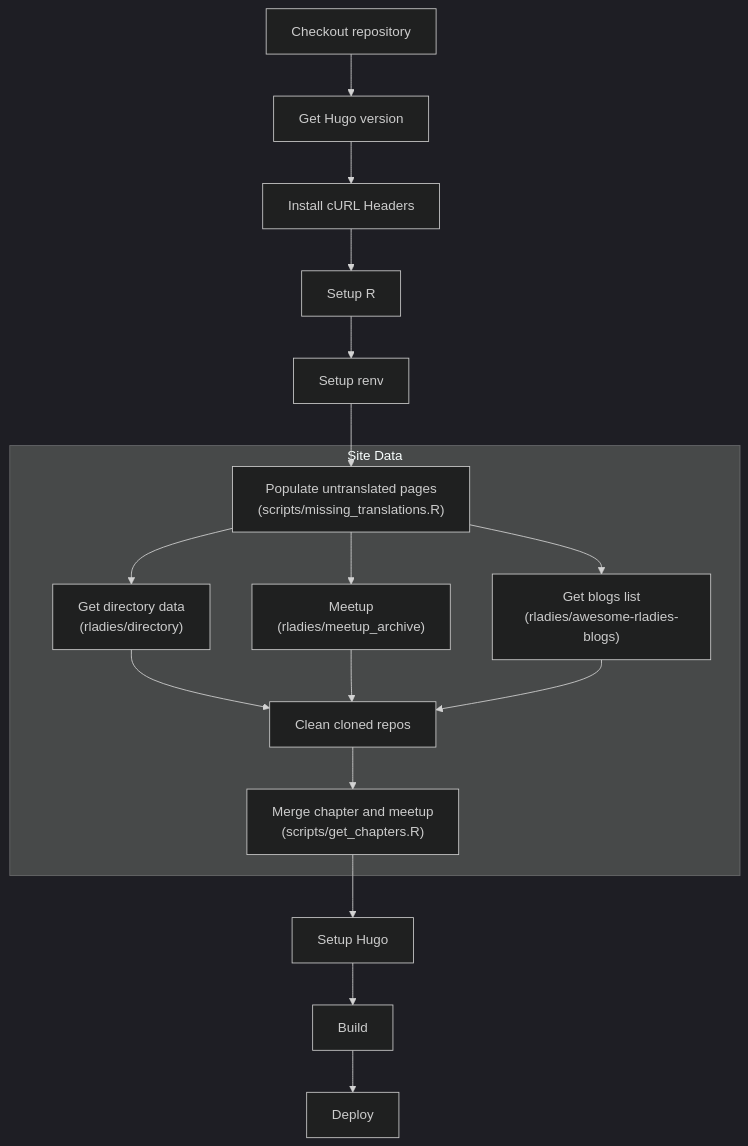
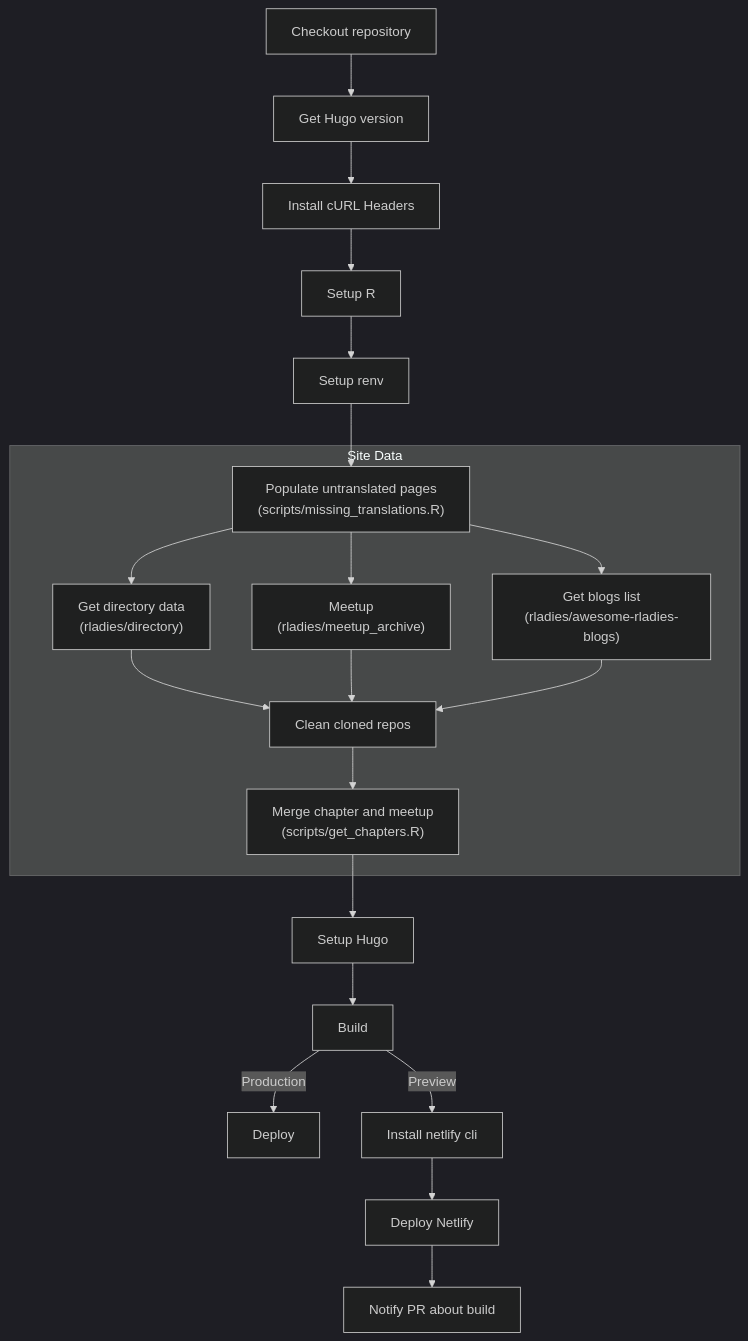
Before and after one commit to rladies/rladies.github.io: the diagram in README.md, drawn with Mermaid (dark theme).

Commit message:
add branching in deploy mermaid

````diff
--- a/README.md
+++ b/README.md
@@ -35,23 +35,29 @@
 ```mermaid
 graph TB
 
 A[Checkout repository] --> B[Get Hugo version]
 B --> C[Install cURL Headers]
 C --> D[Setup R]
 D --> E[Setup renv]
 E --> F["Populate untranslated pages\n(scripts/missing_translations.R)"]
 
 subgraph Site Data
   F --> G["Get directory data\n(rladies/directory)"]
   F --> H["Meetup\n(rladies/meetup_archive)"]
   F --> I["Get blogs list\n(rladies/awesome-rladies-blogs)"]
   G --> J["Clean cloned repos"]
   J --> K["Merge chapter and meetup\n(scripts/get_chapters.R)"]
 end
 
 H --> J
 I --> J
 K --> L[Setup Hugo]
 L --> M[Build]
-M --> N[Deploy]
+
+M -->|Production| N[Deploy]
+
+M -->|Preview| O[Install netlify cli]
+O --> P[Deploy Netlify]
+P --> Q["Notify PR about build"]
+
 ```
````
